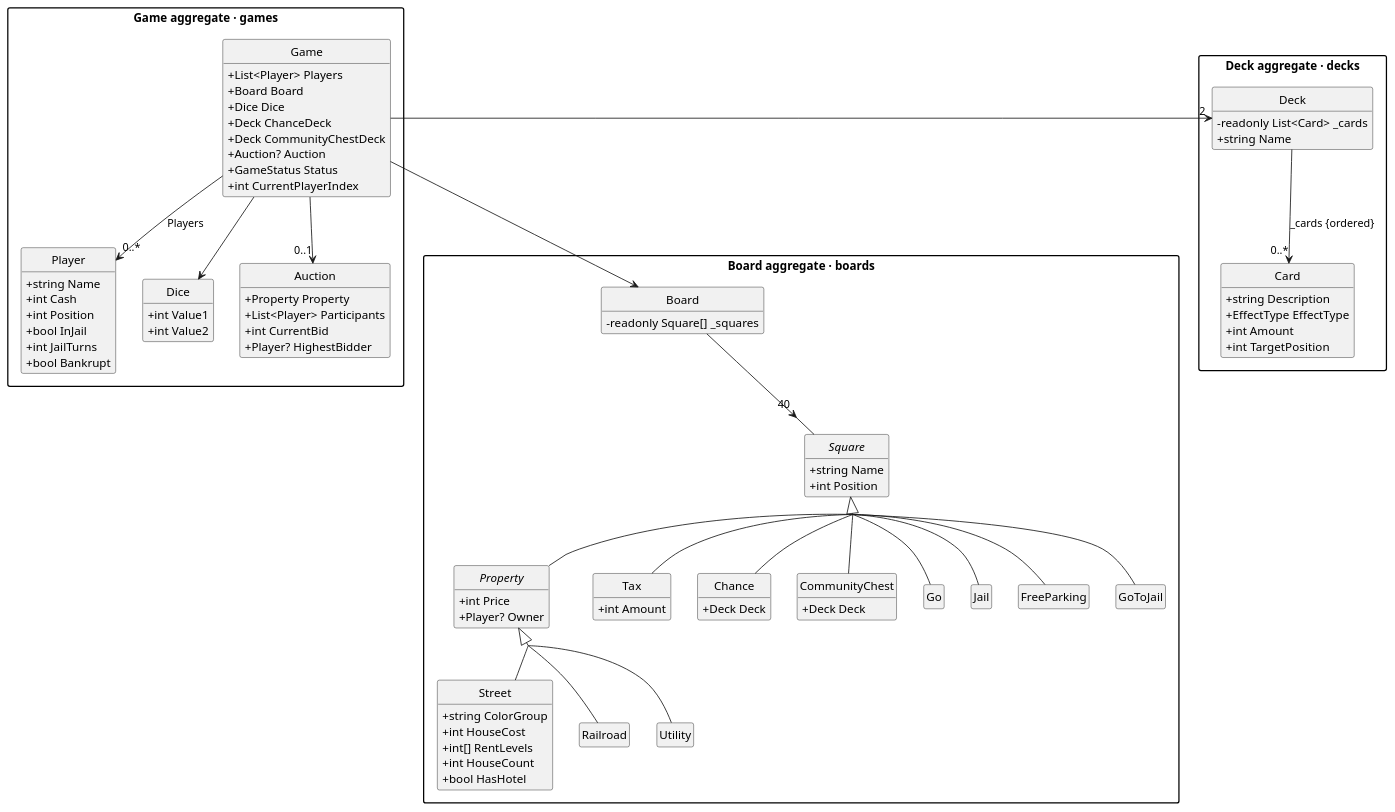
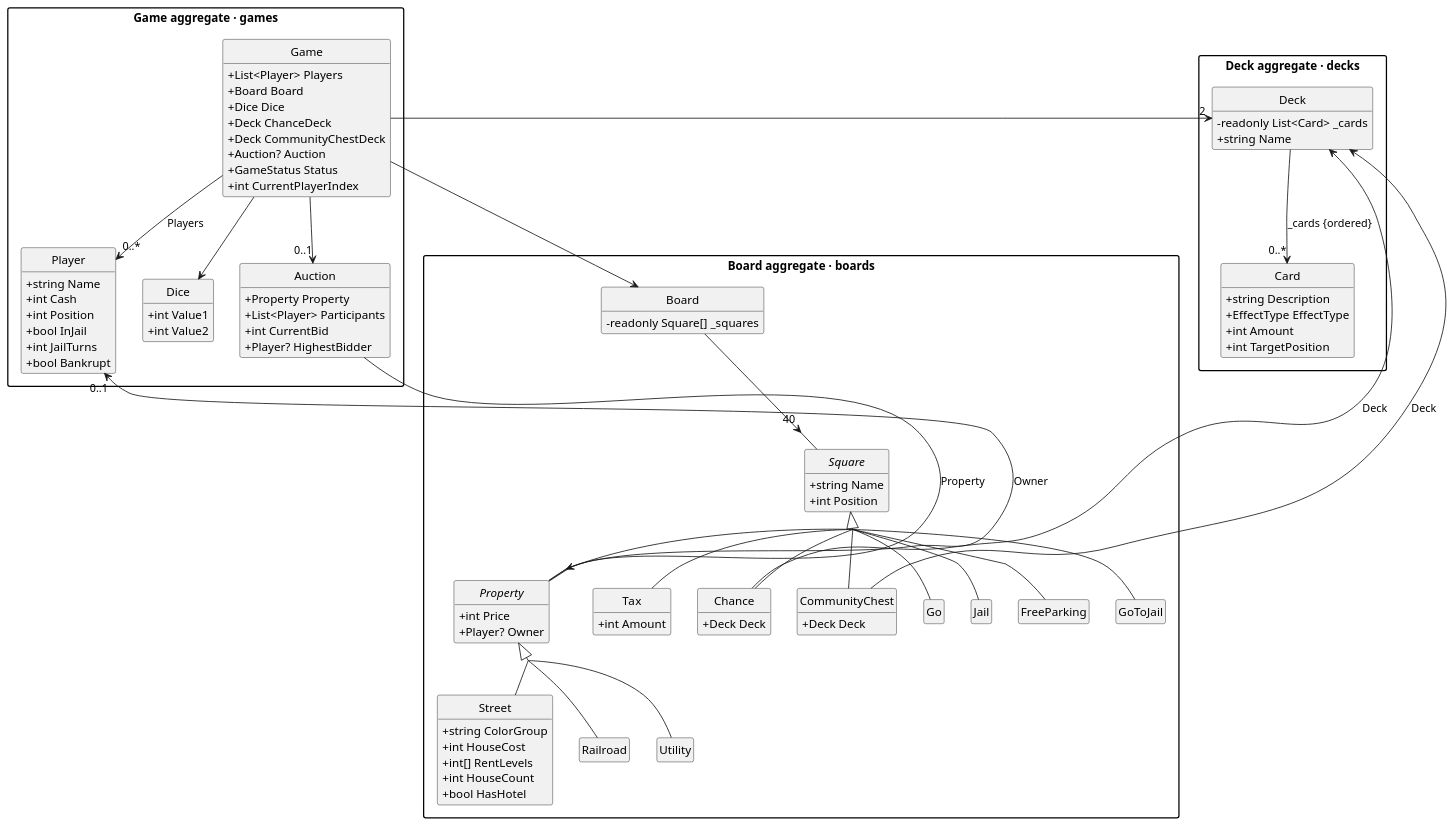
One commit to penamarth/bsbo-11-24_team4_var14_monopoly changed the diagram in агрегаты.puml. Above: the diagram before and after it, drawn with PlantUML. The commit also changed 45 other files, not shown here.

```diff
--- a/агрегаты.puml
+++ b/агрегаты.puml
@@ -1,126 +1,130 @@
 @startuml
 
 skinparam shadowing false
 skinparam packageStyle rectangle
 skinparam classAttributeIconSize 0
 skinparam groupInheritance 2
 skinparam ranksep 42
 skinparam nodesep 32
 hide circle
 hide empty members
 
 package "Game aggregate · games" as GameAggregate {
   class Game {
     + List<Player> Players
     + Board Board
     + Dice Dice
     + Deck ChanceDeck
     + Deck CommunityChestDeck
     + Auction? Auction
     + GameStatus Status
     + int CurrentPlayerIndex
   }
 
   class Player {
     + string Name
     + int Cash
     + int Position
     + bool InJail
     + int JailTurns
     + bool Bankrupt
   }
 
   class Dice {
     + int Value1
     + int Value2
   }
 
   class Auction {
     + Property Property
     + List<Player> Participants
     + int CurrentBid
     + Player? HighestBidder
   }
 
   Game --> "0..*" Player : Players
   Game --> Dice
   Game --> "0..1" Auction
 }
 
 package "Board aggregate · boards" as BoardAggregate  {
   class Board {
     - readonly Square[] _squares
   }
 
   abstract class Square {
     + string Name
     + int Position
   }
 
   abstract class Property {
     + int Price
     + Player? Owner
   }
 
   class Street {
     + string ColorGroup
     + int HouseCost
     + int[] RentLevels
     + int HouseCount
     + bool HasHotel
   }
 
   class Railroad
   class Utility
 
   class Tax {
     + int Amount
   }
 
   class Chance {
     + Deck Deck
   }
 
   class CommunityChest {
     + Deck Deck
   }
 
   class Go
   class Jail
   class FreeParking
   class GoToJail
 
   Board --> "40" Square
   Square <|-- Property
   Square <|-- Tax
   Square <|-- Chance
   Square <|-- CommunityChest
   Square <|-- Go
   Square <|-- Jail
   Square <|-- FreeParking
   Square <|-- GoToJail
   Property <|-- Street
   Property <|-- Railroad
   Property <|-- Utility
 }
 
 package "Deck aggregate · decks" as DeckAggregate  {
   class Deck {
     - readonly List<Card> _cards
     + string Name
   }
 
   class Card {
     + string Description
     + EffectType EffectType
     + int Amount
     + int TargetPosition
   }
 
   Deck --> "0..*" Card : _cards {ordered}
 }
 
 Game -down-> Board
 Game -right-> "2" Deck
+Auction -[norank]-> Property : Property
+Property -[norank]-> "0..1" Player : Owner
+Chance -[norank]-> Deck : Deck
+CommunityChest -[norank]-> Deck : Deck
 
 @enduml
```
